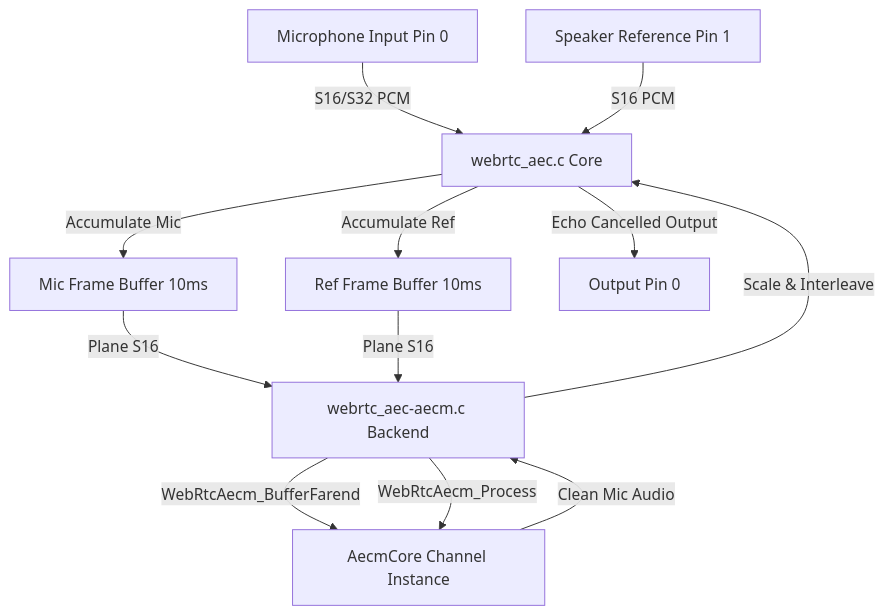
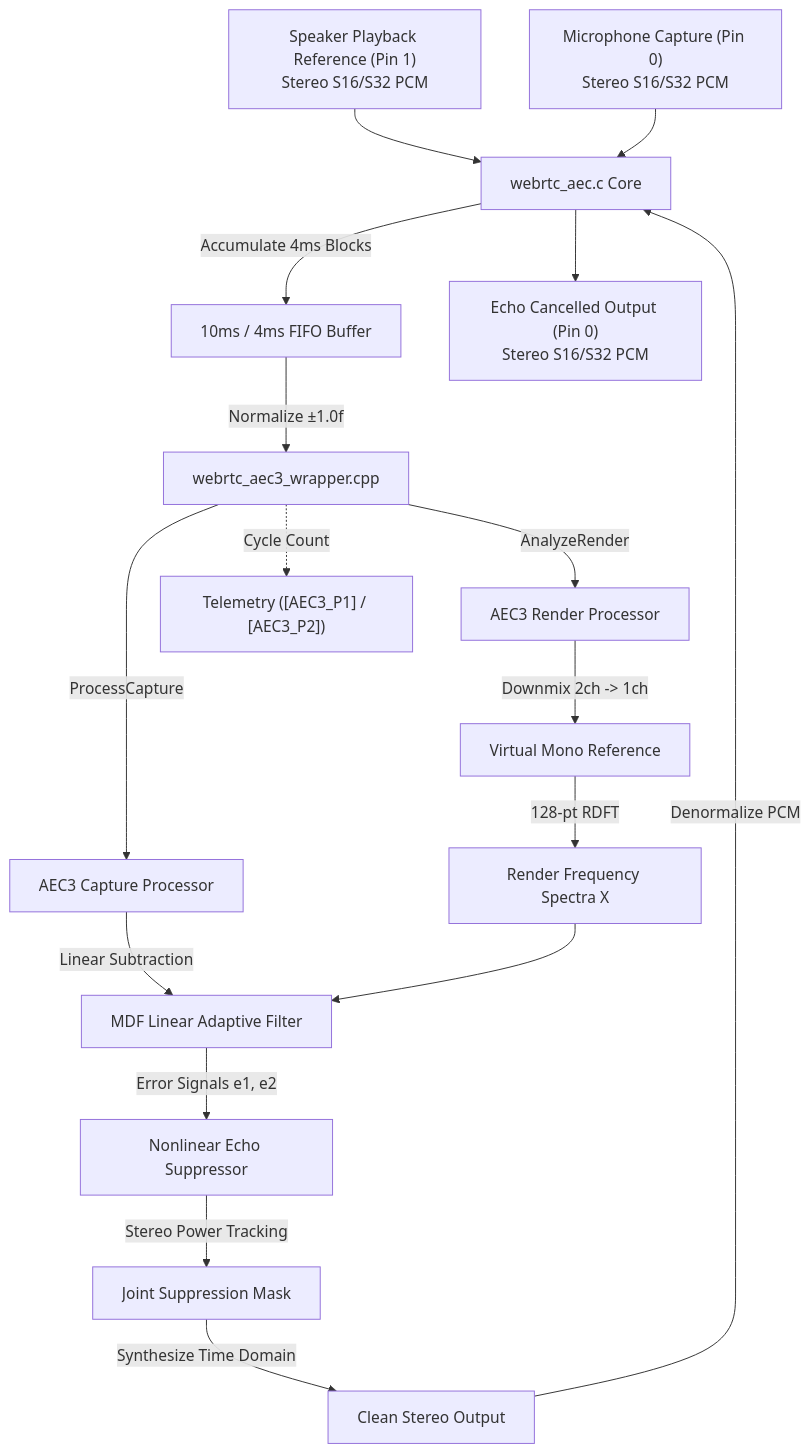
One commit to thesofproject/sof changed the diagram in src/audio/webrtc_aec/README.md. Above: the diagram before and after it, drawn with Mermaid. The commit also changed other lines of this file and 7 other files, not shown here.

Commit message:
docs: audio: update READMEs for WebRTC and FFmpeg module suites with architecture and benchmarks

````diff
--- a/src/audio/webrtc_aec/README.md
+++ b/src/audio/webrtc_aec/README.md
@@ -22,23 +30,30 @@
 ```mermaid
 graph TD
-    %% Microphone capture path (Pin 0)
-    MicIn[Microphone Input Pin 0] -->|S16/S32 PCM| Core[webrtc_aec.c Core]
-    
-    %% Speaker playback reference path (Pin 1)
-    RefIn[Speaker Reference Pin 1] -->|S16 PCM| Core
-    
-    %% Buffering & Alignment
-    Core -->|Accumulate Mic| MicAccum[Mic Frame Buffer 10ms]
-    Core -->|Accumulate Ref| RefAccum[Ref Frame Buffer 10ms]
-    
-    MicAccum -->|Plane S16| Backend[webrtc_aec-aecm.c Backend]
-    RefAccum -->|Plane S16| Backend
-    
-    %% AEC Processing
-    Backend -->|WebRtcAecm_BufferFarend| AECM[AecmCore Channel Instance]
-    Backend -->|WebRtcAecm_Process| AECM
-    
-    AECM -->|Clean Mic Audio| Backend
-    Backend -->|Scale & Interleave| Core
-    Core -->|Echo Cancelled Output| OutPin[Output Pin 0]
+    %% Input Streams
+    RefStereo["Speaker Playback Reference (Pin 1)<br/>Stereo S16/S32 PCM"] --> Core[webrtc_aec.c Core]
+    MicStereo["Microphone Capture (Pin 0)<br/>Stereo S16/S32 PCM"] --> Core
+
+    %% Framing & Normalization
+    Core -->|Accumulate 4ms Blocks| FrameBuf[10ms / 4ms FIFO Buffer]
+    FrameBuf -->|Normalize ±1.0f| AEC3Wrapper[webrtc_aec3_wrapper.cpp]
+
+    %% Render Path
+    AEC3Wrapper -->|AnalyzeRender| RenderEngine[AEC3 Render Processor]
+    RenderEngine -->|Downmix 2ch -> 1ch| RenderMono[Virtual Mono Reference]
+    RenderMono -->|128-pt RDFT| RenderFreq[Render Frequency Spectra X]
+
+    %% Capture Path
+    AEC3Wrapper -->|ProcessCapture| CaptureEngine[AEC3 Capture Processor]
+    CaptureEngine -->|Linear Subtraction| AdaptiveFilter[MDF Linear Adaptive Filter]
+    RenderFreq --> AdaptiveFilter
+    AdaptiveFilter -->|Error Signals e1, e2| Suppressor[Nonlinear Echo Suppressor]
+
+    %% Residual Echo Suppression & Output
+    Suppressor -->|Stereo Power Tracking| SpectralMask[Joint Suppression Mask]
+    SpectralMask -->|Synthesize Time Domain| CleanOut[Clean Stereo Output]
+    CleanOut -->|Denormalize PCM| Core
+    Core --> CleanStereo["Echo Cancelled Output (Pin 0)<br/>Stereo S16/S32 PCM"]
+
+    %% Diagnostics
+    AEC3Wrapper -.->|Cycle Count| Telemetry["Telemetry ([AEC3_P1] / [AEC3_P2])"]
 ```
````
